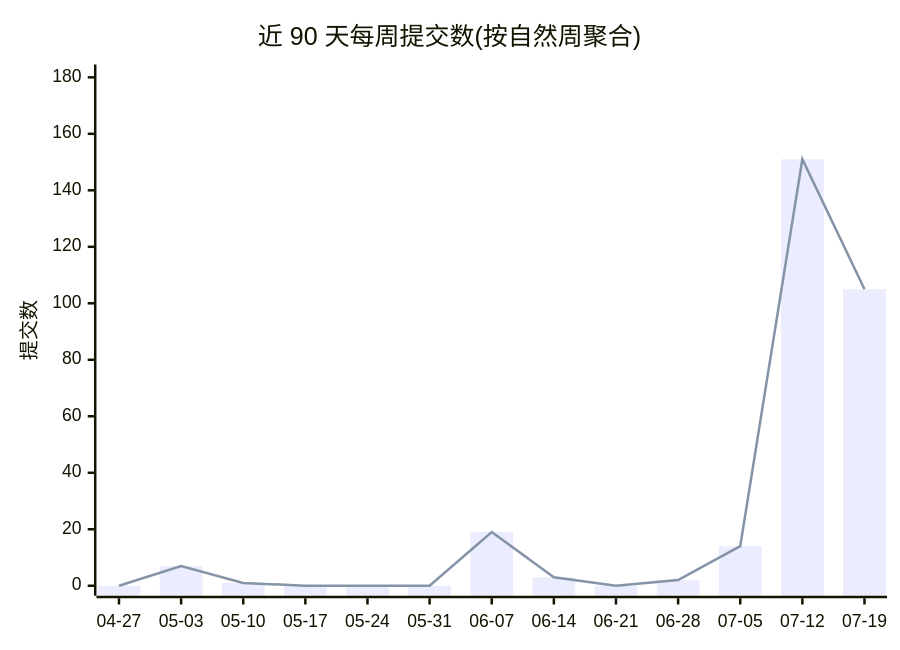
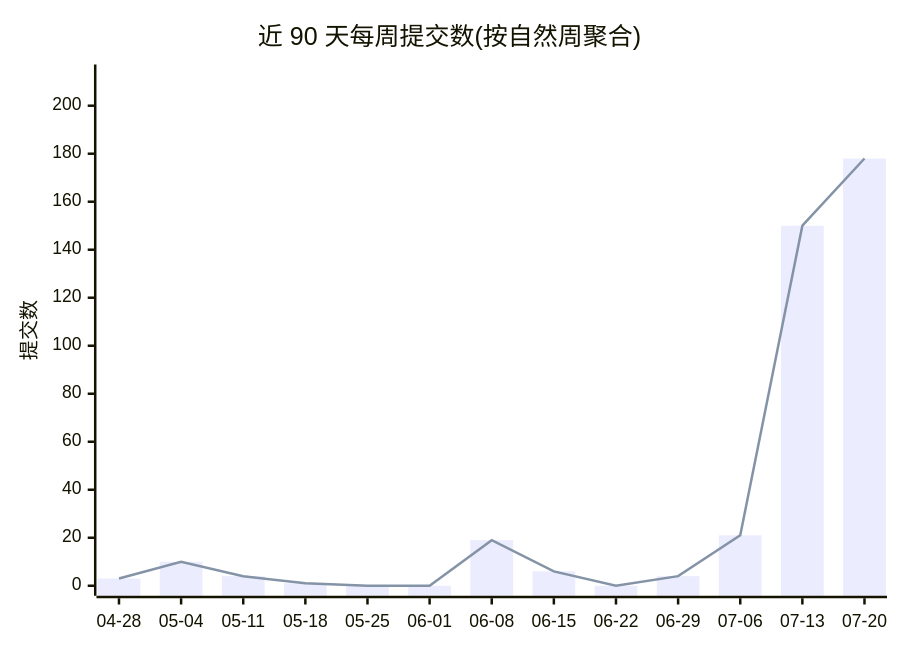
One commit to Conflux-Union/.github changed the first of 2 diagrams in profile/README.md. Above: the diagram before and after it, drawn with Mermaid. The commit also changed other lines of this file and 1 other file, not shown here.

````diff
--- a/profile/README.md
+++ b/profile/README.md
@@ -44,8 +44,8 @@
 ```mermaid
 xychart-beta
     title "近 90 天每周提交数(按自然周聚合)"
-    x-axis ["04-27", "05-03", "05-10", "05-17", "05-24", "05-31", "06-07", "06-14", "06-21", "06-28", "07-05", "07-12", "07-19"]
-    y-axis "提交数" 0 --> 181
-    bar [0, 7, 1, 0, 0, 0, 19, 3, 0, 2, 14, 151, 105]
-    line [0, 7, 1, 0, 0, 0, 19, 3, 0, 2, 14, 151, 105]
+    x-axis ["04-28", "05-04", "05-11", "05-18", "05-25", "06-01", "06-08", "06-15", "06-22", "06-29", "07-06", "07-13", "07-20"]
+    y-axis "提交数" 0 --> 213
+    bar [3, 10, 4, 1, 0, 0, 19, 6, 0, 4, 21, 150, 178]
+    line [3, 10, 4, 1, 0, 0, 19, 6, 0, 4, 21, 150, 178]
 ```
````
